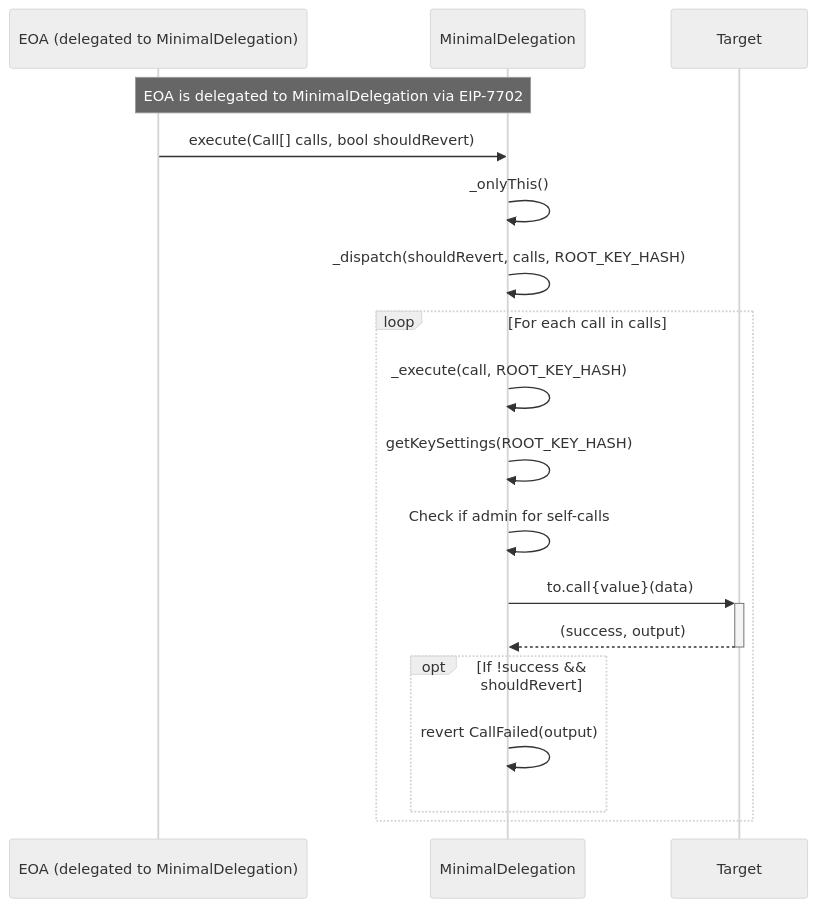
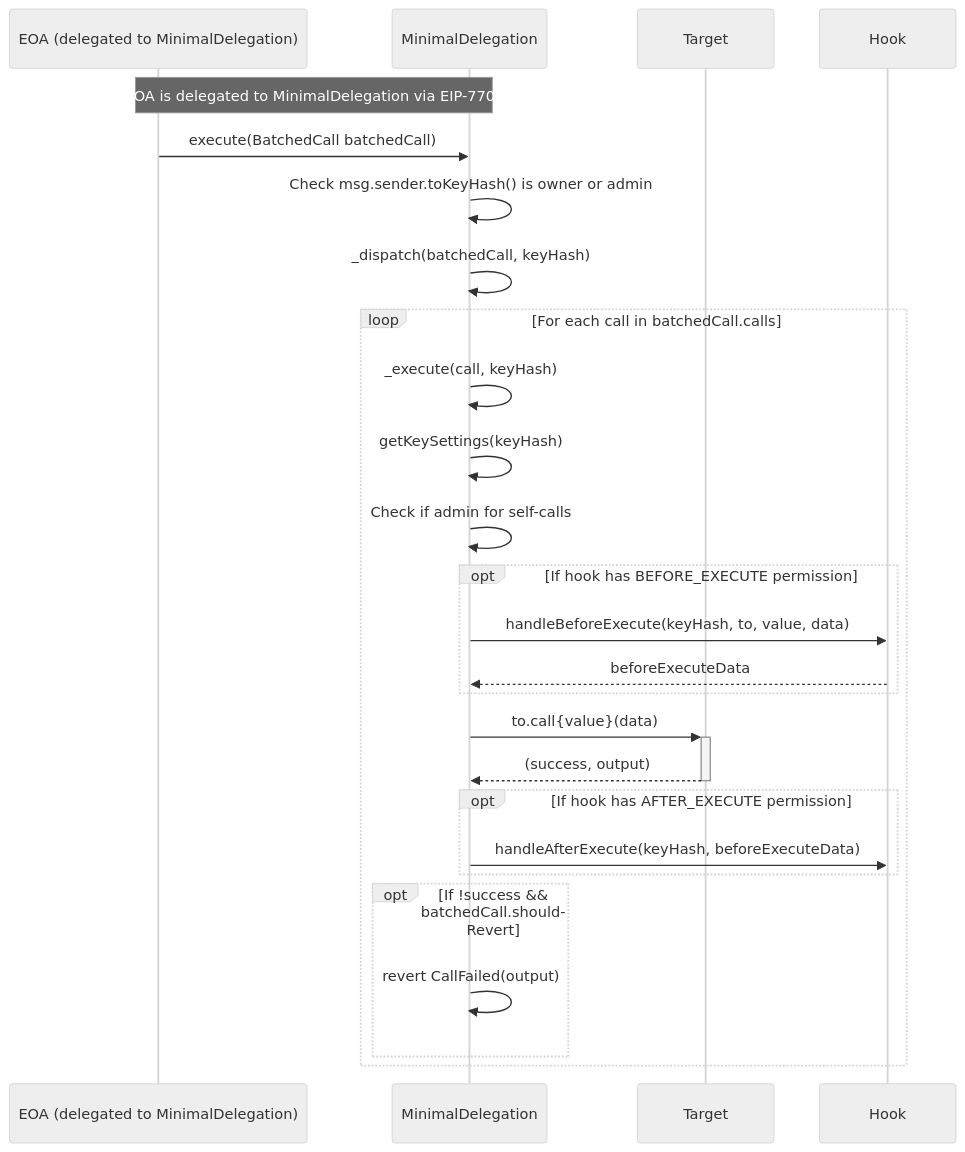
One commit to Uniswap/minimal-delegation changed the second of 6 diagrams in README.md. Above: the diagram before and after it, drawn with Mermaid (neutral theme). The commit also changed other lines of this file, not shown here.

````diff
--- a/README.md
+++ b/README.md
@@ -57,21 +105,32 @@
 ```mermaid
 sequenceDiagram
     participant SignerAccount as EOA (delegated to MinimalDelegation)
     participant Account as MinimalDelegation
     participant Target
     
     Note over SignerAccount, Account: EOA is delegated to MinimalDelegation via EIP-7702
-    SignerAccount->>Account: execute(Call[] calls, bool shouldRevert)
-    Account->>Account: _onlyThis()
-    Account->>Account: _dispatch(shouldRevert, calls, ROOT_KEY_HASH)
-    loop For each call in calls
-        Account->>Account: _execute(call, ROOT_KEY_HASH)
-        Account->>Account: getKeySettings(ROOT_KEY_HASH)
+    SignerAccount->>Account: execute(BatchedCall batchedCall)
+    Account->>Account: Check msg.sender.toKeyHash() is owner or admin
+    Account->>Account: _dispatch(batchedCall, keyHash)
+    loop For each call in batchedCall.calls
+        Account->>Account: _execute(call, keyHash)
+        Account->>Account: getKeySettings(keyHash)
         Account->>Account: Check if admin for self-calls
+        
+        opt If hook has BEFORE_EXECUTE permission
+            Account->>Hook: handleBeforeExecute(keyHash, to, value, data)
+            Hook-->>Account: beforeExecuteData
+        end
+        
         Account->>+Target: to.call{value}(data)
         Target-->>-Account: (success, output)
-        opt If !success && shouldRevert
+        
+        opt If hook has AFTER_EXECUTE permission
+            Account->>Hook: handleAfterExecute(keyHash, beforeExecuteData)
+        end
+        
+        opt If !success && batchedCall.shouldRevert
             Account->>Account: revert CallFailed(output)
         end
     end
 ```
````
